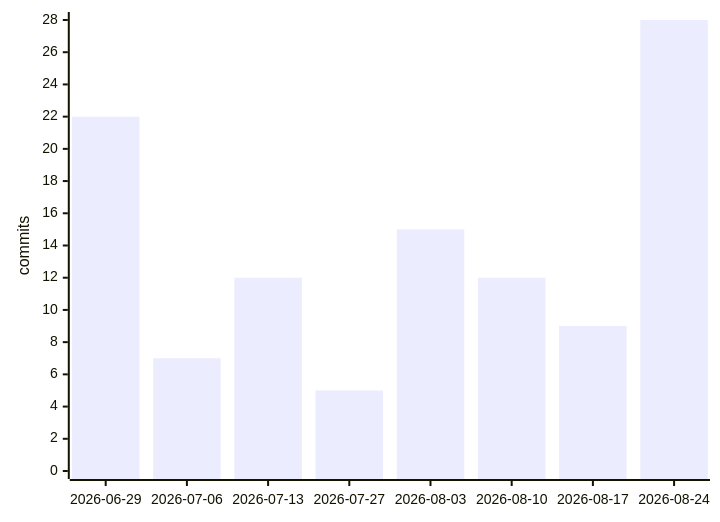
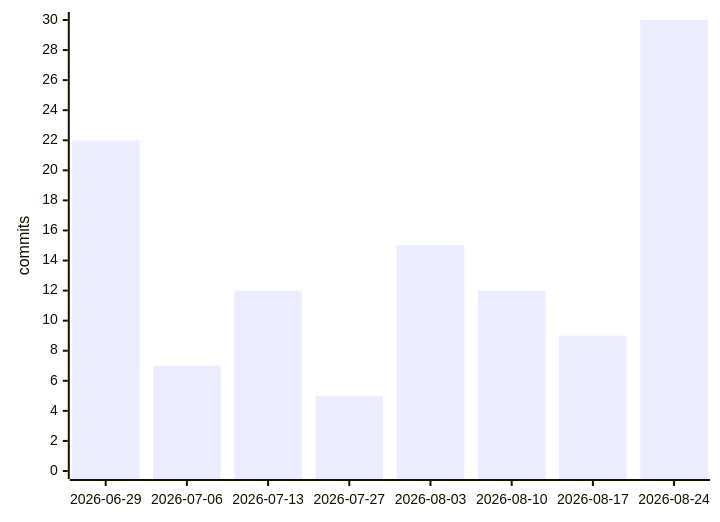
The first of 3 diagrams in README.md (Manashjyoti-Bora/Manashjyoti-Bora), drawn with Mermaid before and after one commit. The commit also changed other lines of this file and 5 other files, not shown here.

````diff
--- a/README.md
+++ b/README.md
@@ -163,6 +163,6 @@
 ```mermaid
 xychart-beta
     x-axis ["2026-06-29", "2026-07-06", "2026-07-13", "2026-07-27", "2026-08-03", "2026-08-10", "2026-08-17", "2026-08-24"]
-    y-axis "commits" 0 --> 28
-    bar [22, 7, 12, 5, 15, 12, 9, 28]
+    y-axis "commits" 0 --> 30
+    bar [22, 7, 12, 5, 15, 12, 9, 30]
 ```
````
